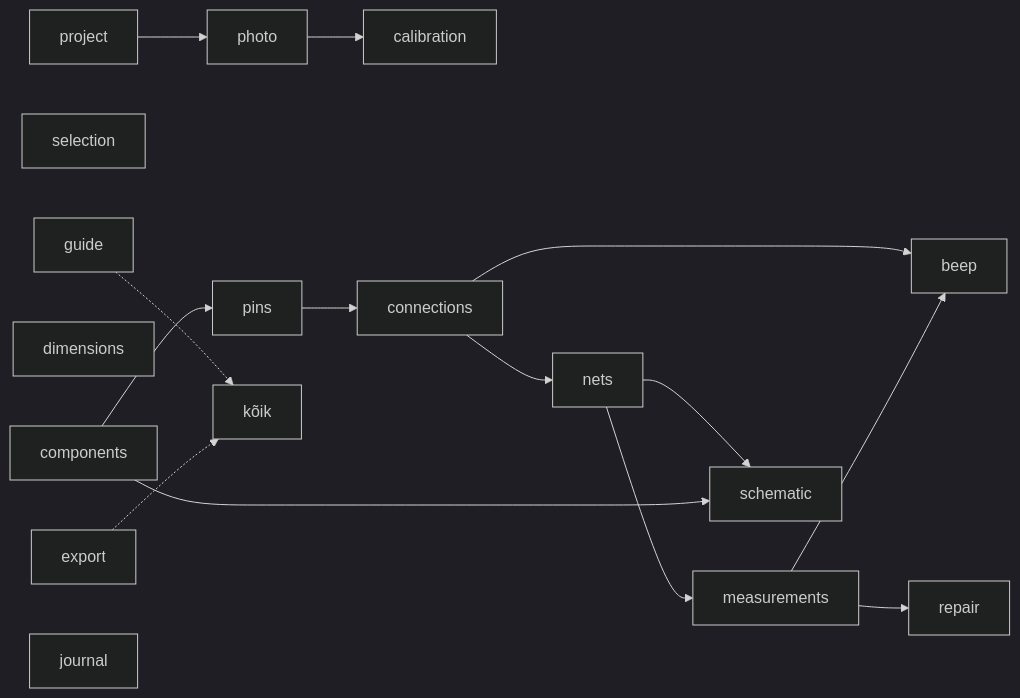
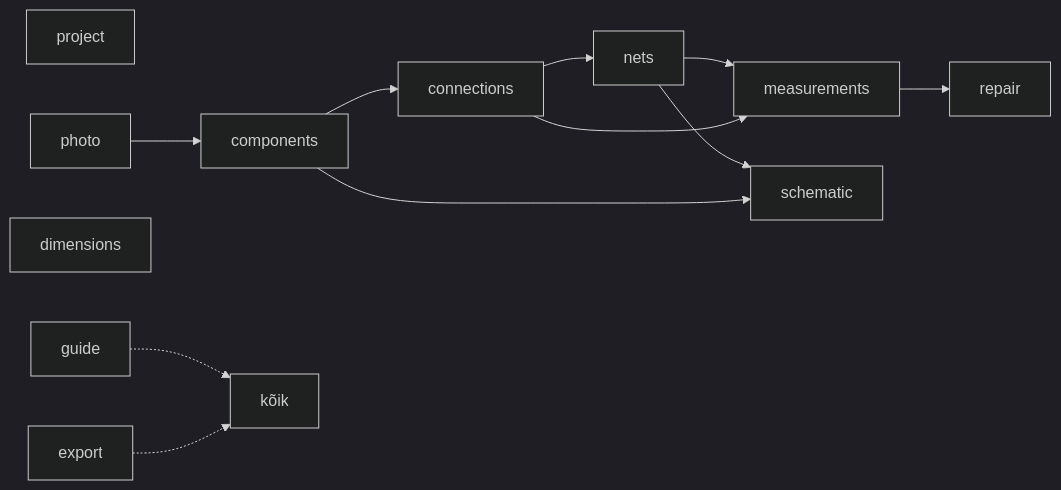
One commit to Fuuduuu/BB changed the diagram in docs/05-moodulid.md. Above: the diagram before and after it, drawn with Mermaid (dark theme). The commit also changed other lines of this file and 15 other files, not shown here.

First line of the commit message:
docs: align architecture with reviews (ADR-003 v2) and add bb MCP server

````diff
--- a/docs/05-moodulid.md
+++ b/docs/05-moodulid.md
@@ -7,17 +15,11 @@
 ```mermaid
 flowchart LR
-  project --> photo --> calibration
-  selection
-  components --> pins
-  pins --> connections --> nets
-  nets --> measurements
-  connections --> beep
-  measurements --> beep
-  measurements --> repair
+  project
+  photo --> components --> connections --> nets --> measurements --> repair
+  connections --> measurements
   nets --> schematic
   components --> schematic
   dimensions
   guide -.-> kõik
   export -.-> kõik
-  journal
 ```
````
